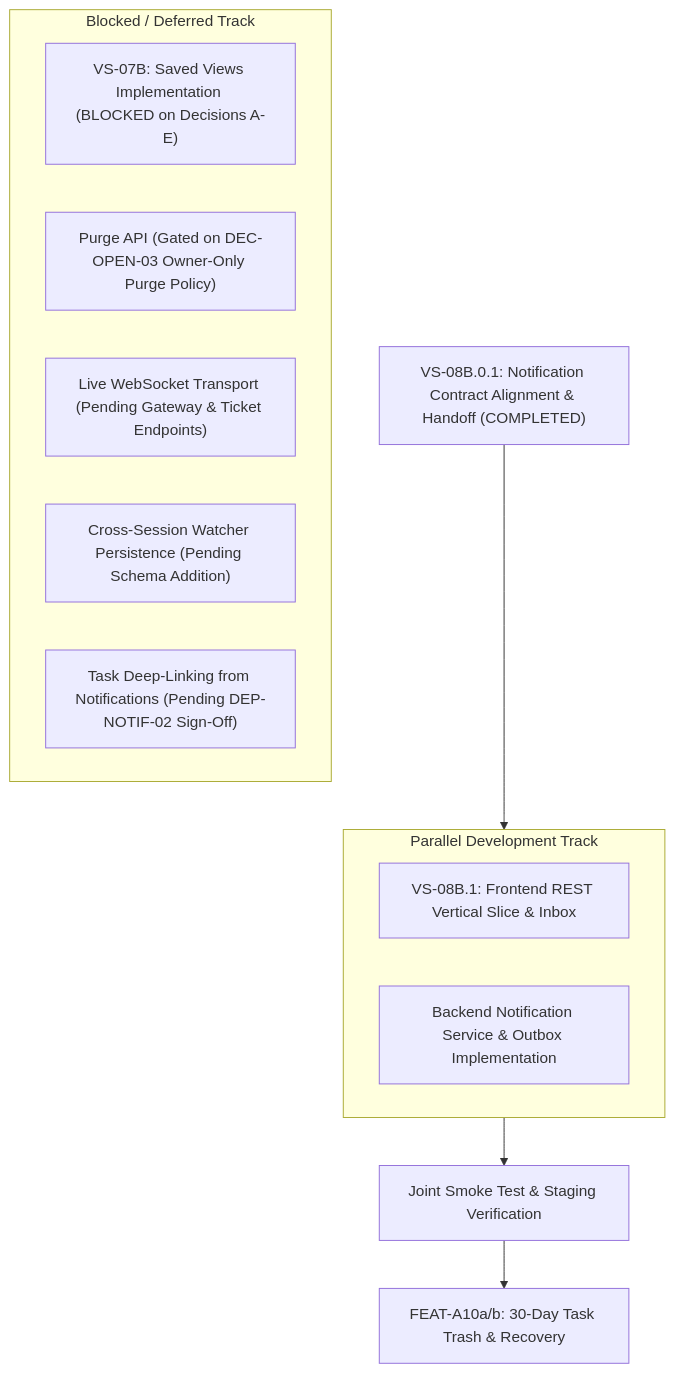
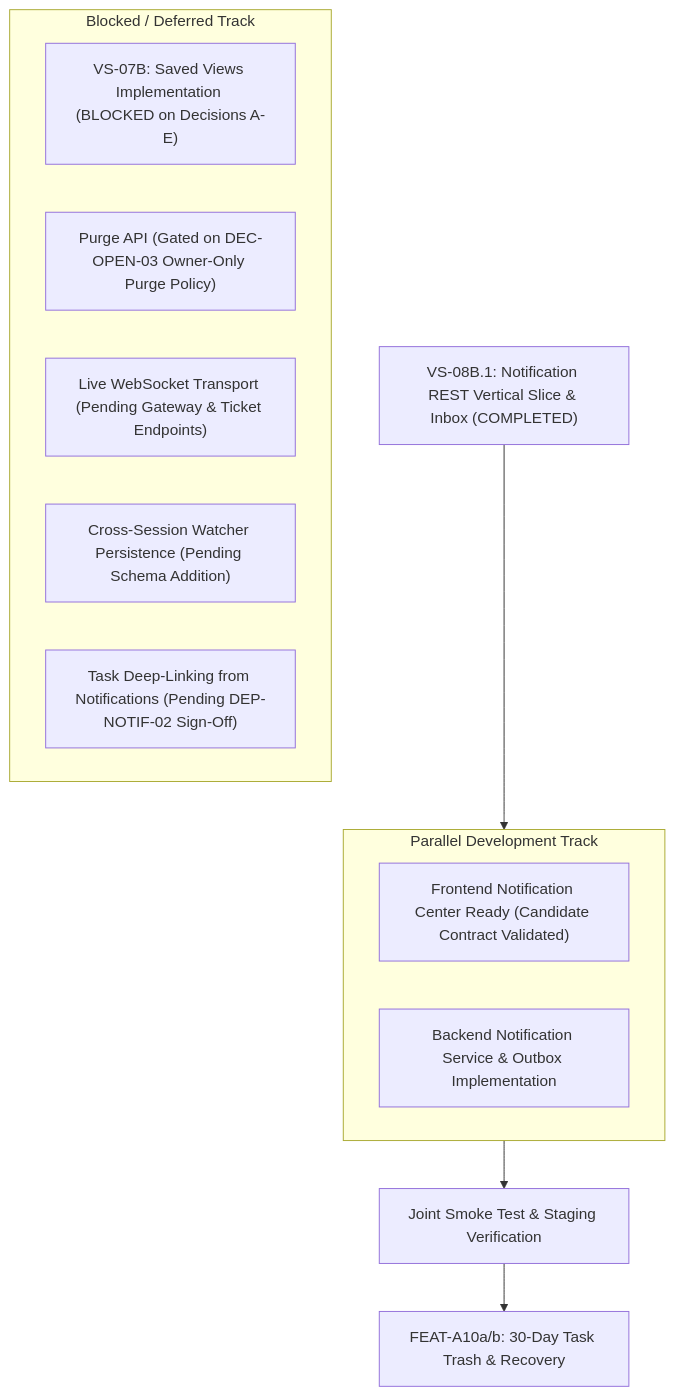
One commit to Samudra-Bose/sonder changed the first of 2 diagrams in docs/04-implementation/sonder-project-progress-tracker.md. Above: the diagram before and after it, drawn with Mermaid. The commit also changed other lines of this file and 4 other files, not shown here.

````diff
--- a/docs/04-implementation/sonder-project-progress-tracker.md
+++ b/docs/04-implementation/sonder-project-progress-tracker.md
@@ -51,20 +52,20 @@
 ```mermaid
 flowchart TD
-    Current["VS-08B.0.1: Notification Contract Alignment & Handoff (COMPLETED)"] --> Parallel["Parallel Independent FE/BE Track"]
+    Current["VS-08B.1: Notification REST Vertical Slice & Inbox (COMPLETED)"] --> Parallel["Parallel Independent FE/BE Track"]
 
     subgraph Parallel ["Parallel Development Track"]
-        FE_Work["VS-08B.1: Frontend REST Vertical Slice & Inbox"]
+        FE_Work["Frontend Notification Center Ready (Candidate Contract Validated)"]
         BE_Work["Backend Notification Service & Outbox Implementation"]
     end
 
     Parallel --> JointIntegration["Joint Smoke Test & Staging Verification"]
     JointIntegration --> FollowUp["FEAT-A10a/b: 30-Day Task Trash & Recovery"]
 
     subgraph Deferred ["Blocked / Deferred Track"]
         SV["VS-07B: Saved Views Implementation (BLOCKED on Decisions A-E)"]
         Trash["Purge API (Gated on DEC-OPEN-03 Owner-Only Purge Policy)"]
         RealtimeLive["Live WebSocket Transport (Pending Gateway & Ticket Endpoints)"]
         WatcherPersist["Cross-Session Watcher Persistence (Pending Schema Addition)"]
         NotifNav["Task Deep-Linking from Notifications (Pending DEP-NOTIF-02 Sign-Off)"]
     end
 ```
````
